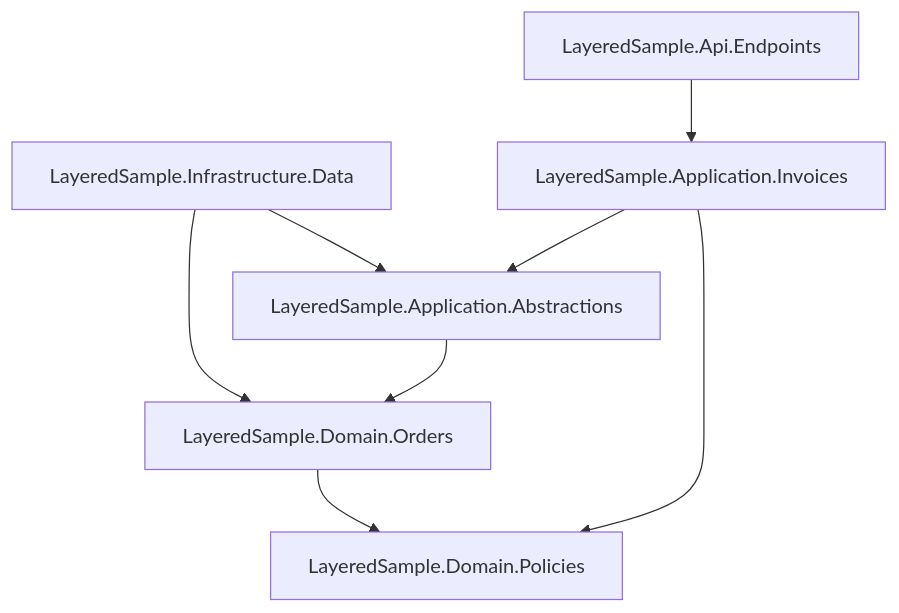
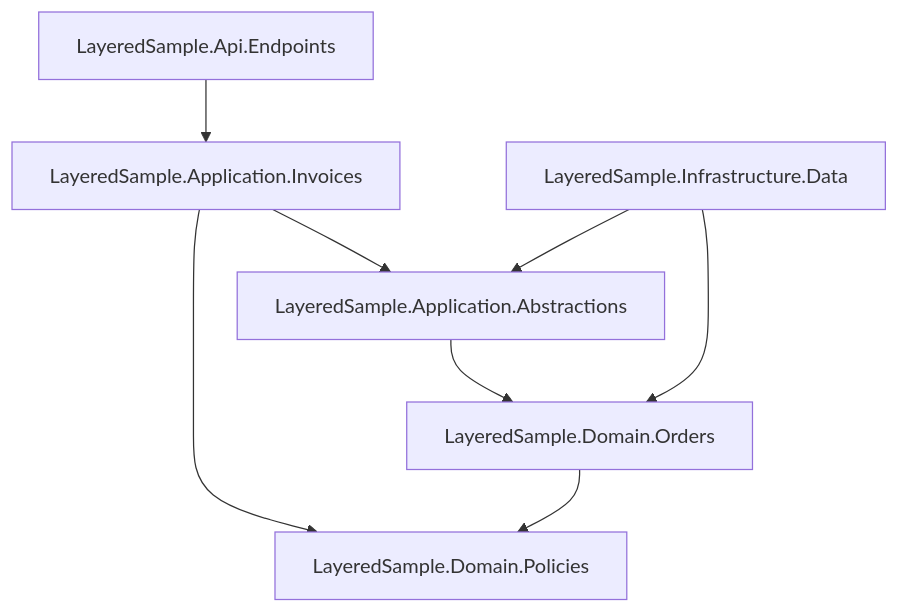
The diagram in docs/examples/LayeredSample/graph-namespaces.mmd (andrii2g/dotnet-solution-dependency-explorer), drawn with Mermaid before and after one commit. The commit also changed other lines of this file and 3 other files, not shown here.

```diff
--- a/docs/examples/LayeredSample/graph-namespaces.mmd
+++ b/docs/examples/LayeredSample/graph-namespaces.mmd
@@ -1,14 +1,14 @@
 graph TD
+    project__LayeredSample_Api__namespace__LayeredSample_Api_Endpoints[LayeredSample.Api.Endpoints]
+    project__LayeredSample_Application__namespace__LayeredSample_Application_Abstractions[LayeredSample.Application.Abstractions]
+    project__LayeredSample_Application__namespace__LayeredSample_Application_Invoices[LayeredSample.Application.Invoices]
     project__LayeredSample_Domain__namespace__LayeredSample_Domain_Orders[LayeredSample.Domain.Orders]
     project__LayeredSample_Domain__namespace__LayeredSample_Domain_Policies[LayeredSample.Domain.Policies]
     project__LayeredSample_Infrastructure__namespace__LayeredSample_Infrastructure_Data[LayeredSample.Infrastructure.Data]
-    project__LayeredSample_Api__namespace__LayeredSample_Api_Endpoints[LayeredSample.Api.Endpoints]
-    project__LayeredSample_Application__namespace__LayeredSample_Application_Abstractions[LayeredSample.Application.Abstractions]
-    project__LayeredSample_Application__namespace__LayeredSample_Application_Invoices[LayeredSample.Application.Invoices]
-    project__LayeredSample_Domain__namespace__LayeredSample_Domain_Orders --> project__LayeredSample_Domain__namespace__LayeredSample_Domain_Policies
-    project__LayeredSample_Infrastructure__namespace__LayeredSample_Infrastructure_Data --> project__LayeredSample_Domain__namespace__LayeredSample_Domain_Orders
-    project__LayeredSample_Infrastructure__namespace__LayeredSample_Infrastructure_Data --> project__LayeredSample_Application__namespace__LayeredSample_Application_Abstractions
     project__LayeredSample_Api__namespace__LayeredSample_Api_Endpoints --> project__LayeredSample_Application__namespace__LayeredSample_Application_Invoices
     project__LayeredSample_Application__namespace__LayeredSample_Application_Abstractions --> project__LayeredSample_Domain__namespace__LayeredSample_Domain_Orders
+    project__LayeredSample_Application__namespace__LayeredSample_Application_Invoices --> project__LayeredSample_Application__namespace__LayeredSample_Application_Abstractions
     project__LayeredSample_Application__namespace__LayeredSample_Application_Invoices --> project__LayeredSample_Domain__namespace__LayeredSample_Domain_Policies
-    project__LayeredSample_Application__namespace__LayeredSample_Application_Invoices --> project__LayeredSample_Application__namespace__LayeredSample_Application_Abstractions
+    project__LayeredSample_Domain__namespace__LayeredSample_Domain_Orders --> project__LayeredSample_Domain__namespace__LayeredSample_Domain_Policies
+    project__LayeredSample_Infrastructure__namespace__LayeredSample_Infrastructure_Data --> project__LayeredSample_Application__namespace__LayeredSample_Application_Abstractions
+    project__LayeredSample_Infrastructure__namespace__LayeredSample_Infrastructure_Data --> project__LayeredSample_Domain__namespace__LayeredSample_Domain_Orders
```
